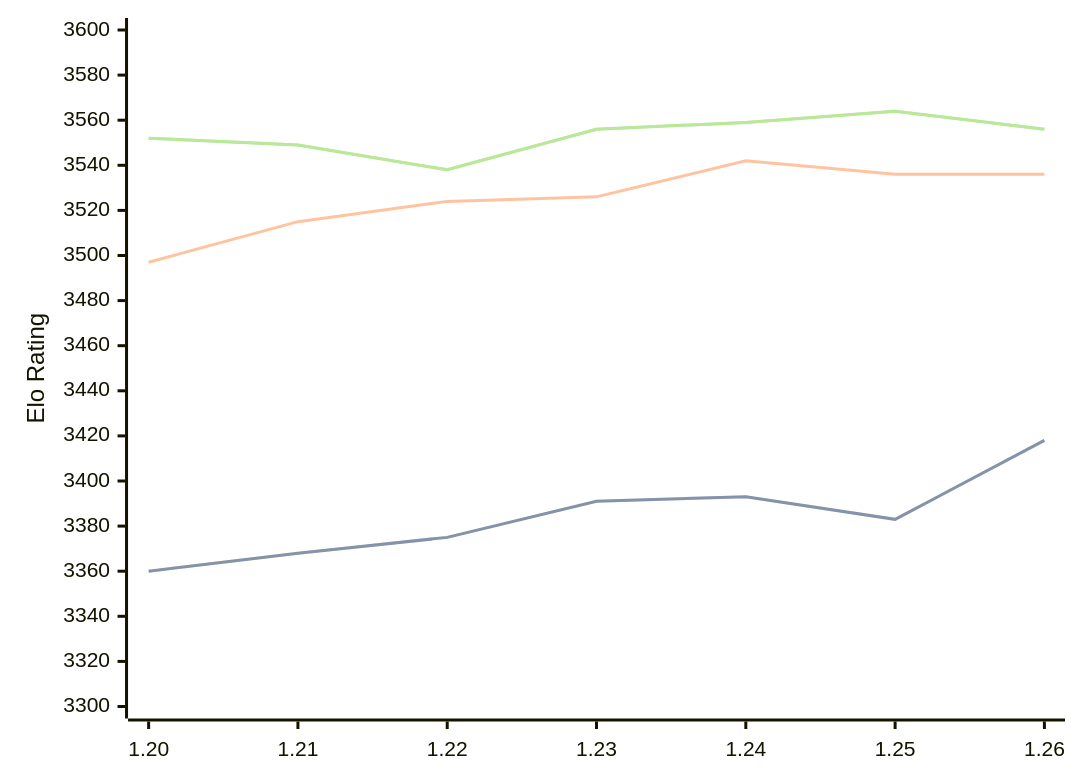
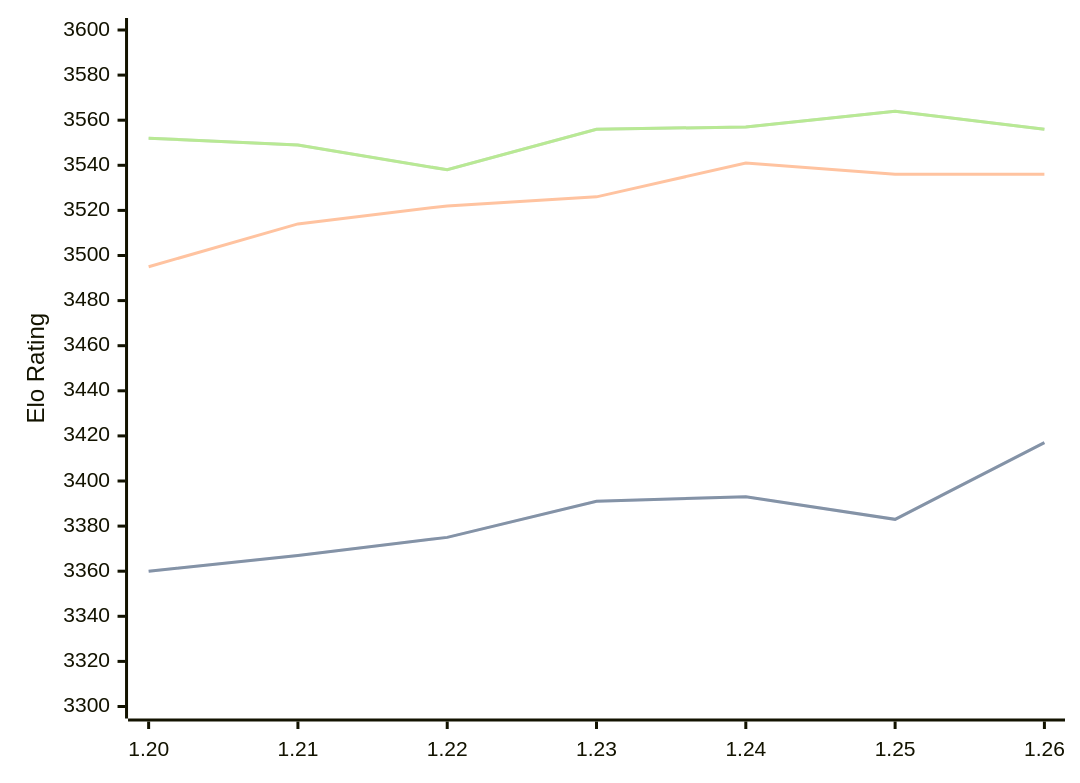
The diagram in engines/Caissa.md (computer-chess-index/cci), drawn with Mermaid before and after one commit. The commit also changed other lines of this file, not shown here.

Commit message:
Update CCI Ratings (ELO VLTC) - 2026-09-11

````diff
--- a/engines/Caissa.md
+++ b/engines/Caissa.md
@@ -37,11 +37,11 @@
 ```mermaid
 %%{init: {"theme":"base","themeVariables":{"seriesColors:['#a3a3a3','#222221','#faa371']}}}%%
 xychart-beta
   x-axis ["1.20", "1.21", "1.22", "1.23", "1.24", "1.25", "1.26"]
   y-axis "Elo Rating" 3300 --> 3600
-  line "" [3360, 3368, 3375, 3391, 3393, 3383, 3418]
-  line "STC (8.0+0.08s)" [3360, 3368, 3375, 3391, 3393, 3383, 3418]
-  line "LTC (60.0+0.60s)" [3497, 3515, 3524, 3526, 3542, 3536, 3536]
-  line "" [3552, 3549, 3538, 3556, 3559, 3564, 3556]
-  line "VLTC (2m24s+1.12s)" [3552, 3549, 3538, 3556, 3559, 3564, 3556]
+  line "" [3360, 3367, 3375, 3391, 3393, 3383, 3417]
+  line "STC (8.0+0.08s)" [3360, 3367, 3375, 3391, 3393, 3383, 3417]
+  line "LTC (60.0+0.60s)" [3495, 3514, 3522, 3526, 3541, 3536, 3536]
+  line "" [3552, 3549, 3538, 3556, 3557, 3564, 3556]
+  line "VLTC (2m24s+1.12s)" [3552, 3549, 3538, 3556, 3557, 3564, 3556]
 ```
````
